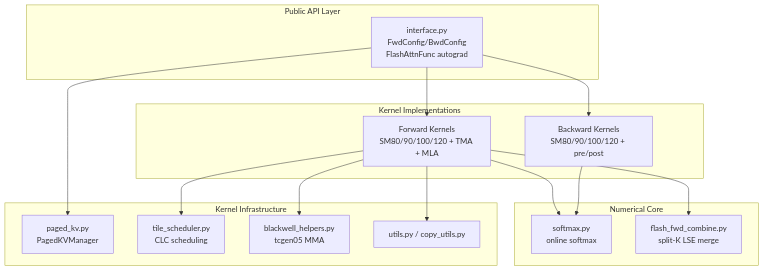
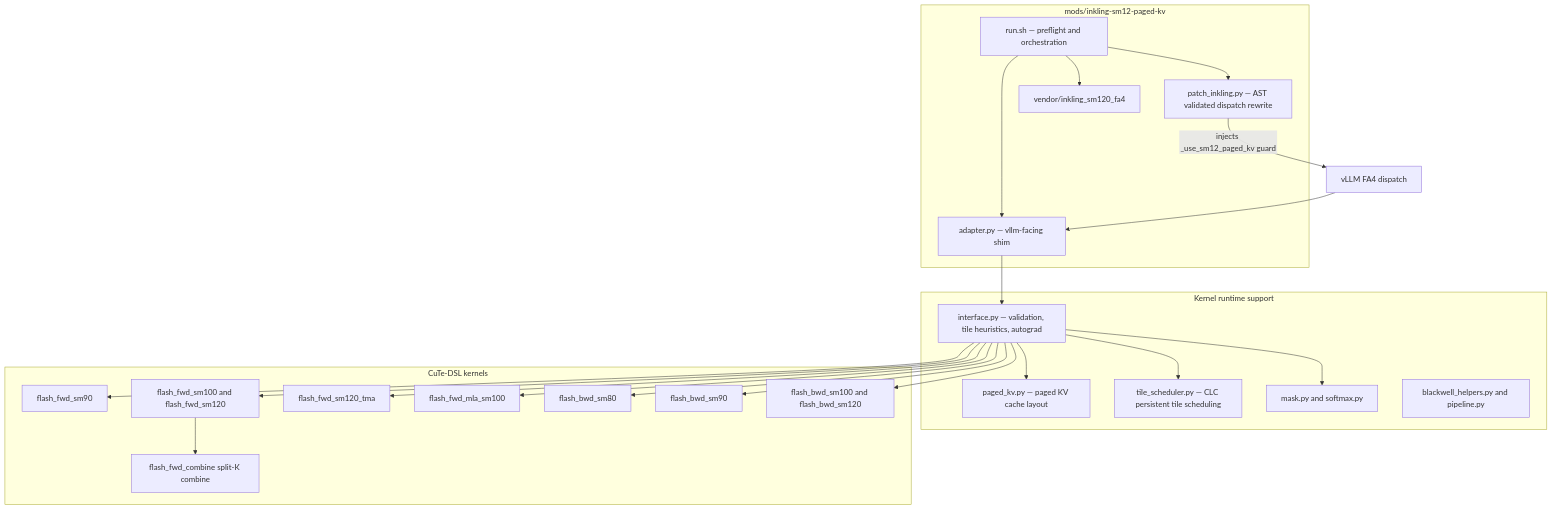
The fifth of 12 diagrams in deepwiki-rs-docs/2.Architecture.md (jpfulton-fultonengineeringservices/spark-vllm-docker), drawn with Mermaid before and after one commit. The commit also changed other lines of this file and 156 other files, not shown here.

````diff
--- a/deepwiki-rs-docs/2.Architecture.md
+++ b/deepwiki-rs-docs/2.Architecture.md
@@ -332,33 +396,46 @@
 ```mermaid
-graph TB
-    subgraph Public["Public API Layer"]
-        API["interface.py<br/>FwdConfig/BwdConfig<br/>FlashAttnFunc autograd"]
+graph TD
+    subgraph INKM["mods/inkling-sm12-paged-kv"]
+        RUNS["run.sh — preflight and orchestration"]
+        PATCHI["patch_inkling.py — AST validated dispatch rewrite"]
+        ADAPTER["adapter.py — vllm-facing shim"]
+        VPKG["vendor/inkling_sm120_fa4"]
     end
 
-    subgraph Kernels["Kernel Implementations"]
-        FWD["Forward Kernels<br/>SM80/90/100/120 + TMA + MLA"]
-        BWD["Backward Kernels<br/>SM80/90/100/120 + pre/post"]
+    subgraph RT["Kernel runtime support"]
+        IFACE["interface.py — validation, tile heuristics, autograd"]
+        PKV["paged_kv.py — paged KV cache layout"]
+        TILE["tile_scheduler.py — CLC persistent tile scheduling"]
+        MASK["mask.py and softmax.py"]
+        HELP["blackwell_helpers.py and pipeline.py"]
     end
 
-    subgraph Numerics["Numerical Core"]
-        SM["softmax.py<br/>online softmax"]
-        COMB["flash_fwd_combine.py<br/>split-K LSE merge"]
+    subgraph KERN["CuTe-DSL kernels"]
+        F90["flash_fwd_sm90"]
+        F100["flash_fwd_sm100 and flash_fwd_sm120"]
+        FTMA["flash_fwd_sm120_tma"]
+        FMLA["flash_fwd_mla_sm100"]
+        FCMB["flash_fwd_combine split-K combine"]
+        B80["flash_bwd_sm80"]
+        B90["flash_bwd_sm90"]
+        B100["flash_bwd_sm100 and flash_bwd_sm120"]
     end
 
-    subgraph Infra["Kernel Infrastructure"]
-        PKV["paged_kv.py<br/>PagedKVManager"]
-        SCHED["tile_scheduler.py<br/>CLC scheduling"]
-        BW["blackwell_helpers.py<br/>tcgen05 MMA"]
-        UTIL["utils.py / copy_utils.py"]
-    end
-
-    API --> FWD
-    API --> BWD
-    API --> PKV
-    FWD --> SM
-    FWD --> COMB
-    BWD --> SM
-    FWD --> SCHED
-    FWD --> BW
-    FWD --> UTIL
+    RUNS --> PATCHI
+    RUNS --> ADAPTER
+    RUNS --> VPKG
+    PATCHI -->|"injects _use_sm12_paged_kv guard"| DISP["vLLM FA4 dispatch"]
+    DISP --> ADAPTER
+    ADAPTER --> IFACE
+    IFACE --> PKV
+    IFACE --> TILE
+    IFACE --> MASK
+    IFACE --> F90
+    IFACE --> F100
+    IFACE --> FTMA
+    IFACE --> FMLA
+    F100 --> FCMB
+    IFACE --> B80
+    IFACE --> B90
+    IFACE --> B100
 ```
````
